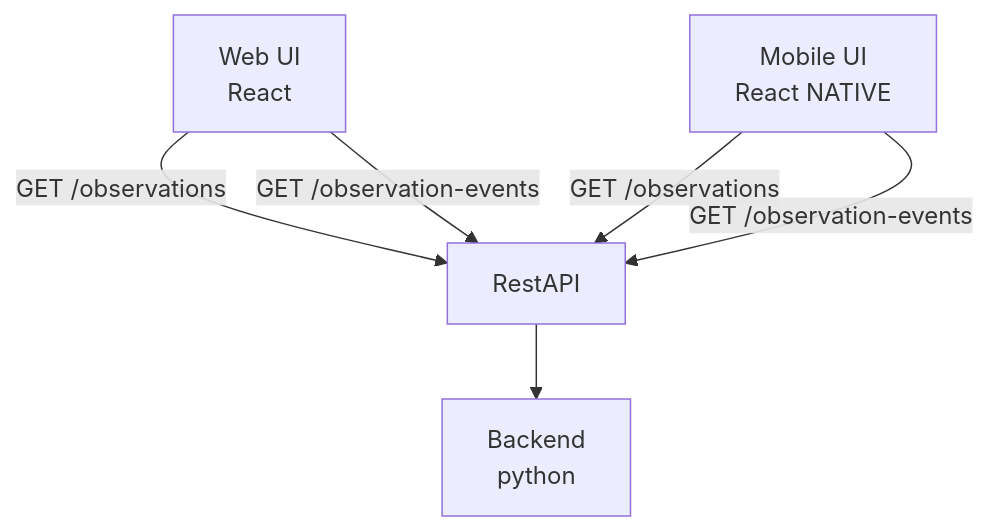
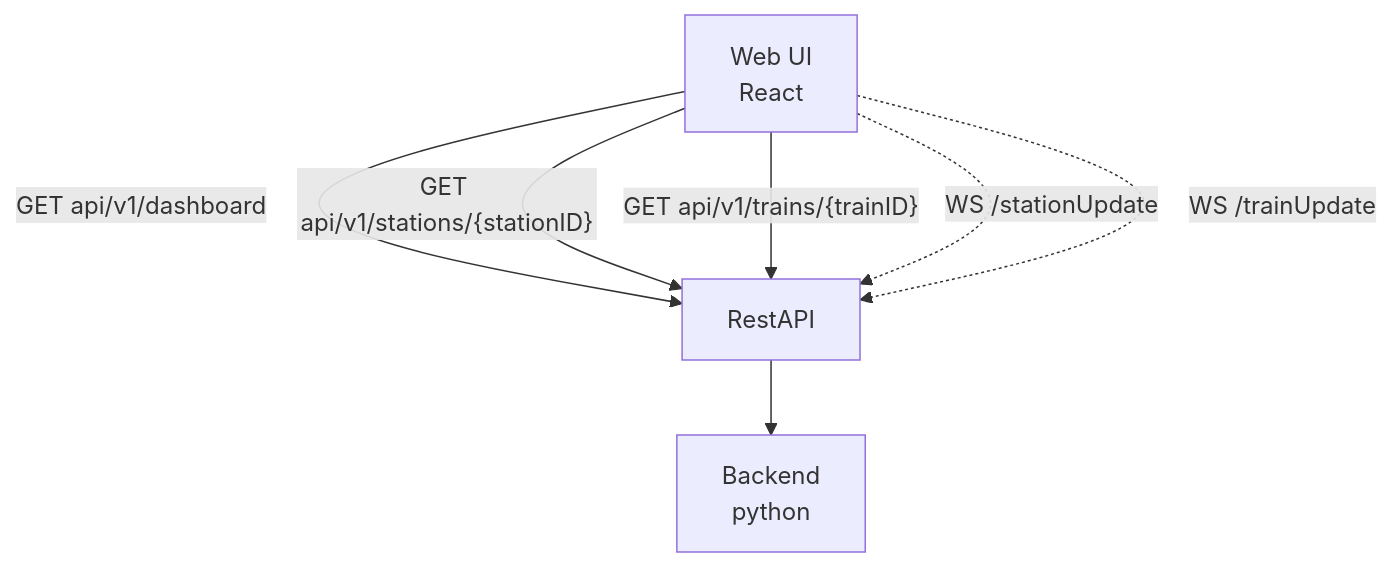
The diagram in contracts/positioning-interface/v1/README.md (aau-cph-sw5/case-b-manning-patrol), drawn with Mermaid before and after one commit. The commit also changed other lines of this file and 7 other files, not shown here.

````diff
--- a/contracts/positioning-interface/v1/README.md
+++ b/contracts/positioning-interface/v1/README.md
@@ -7,8 +7,9 @@
 ```mermaid
 graph TD
-    WebUI[Web UI\nReact] -->|GET /observations| RestAPI
-    WebUI -->|GET /observation-events| RestAPI
-    MobileUI[Mobile UI\nReact NATIVE] -->|GET /observations| RestAPI
-    MobileUI -->|GET /observation-events| RestAPI
+    WebUI[Web UI\nReact] -->|"GET api/v1/dashboard"| RestAPI
+    WebUI -->|"GET api/v1/stations/{stationID}"| RestAPI
+    WebUI -->|"GET api/v1/trains/{trainID}"| RestAPI
+    WebUI -.->|"WS /stationUpdate"| RestAPI
+    WebUI -.->|"WS /trainUpdate"| RestAPI
     RestAPI[RestAPI] --> Backend[Backend\npython]
 ```
````
